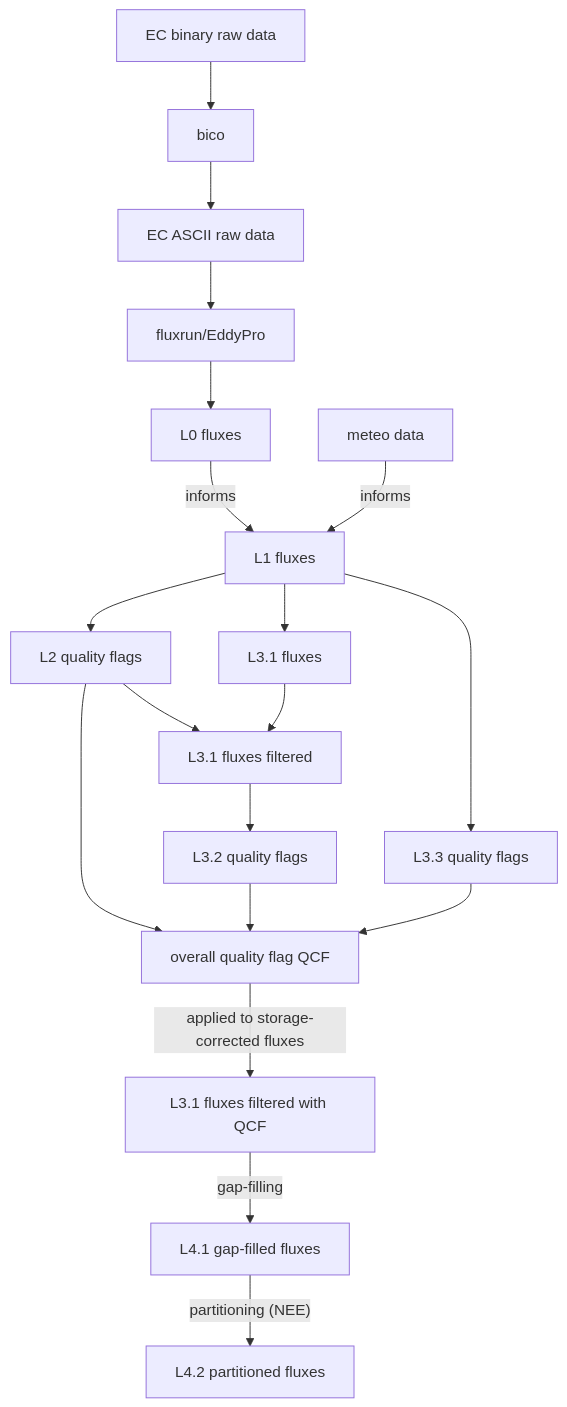
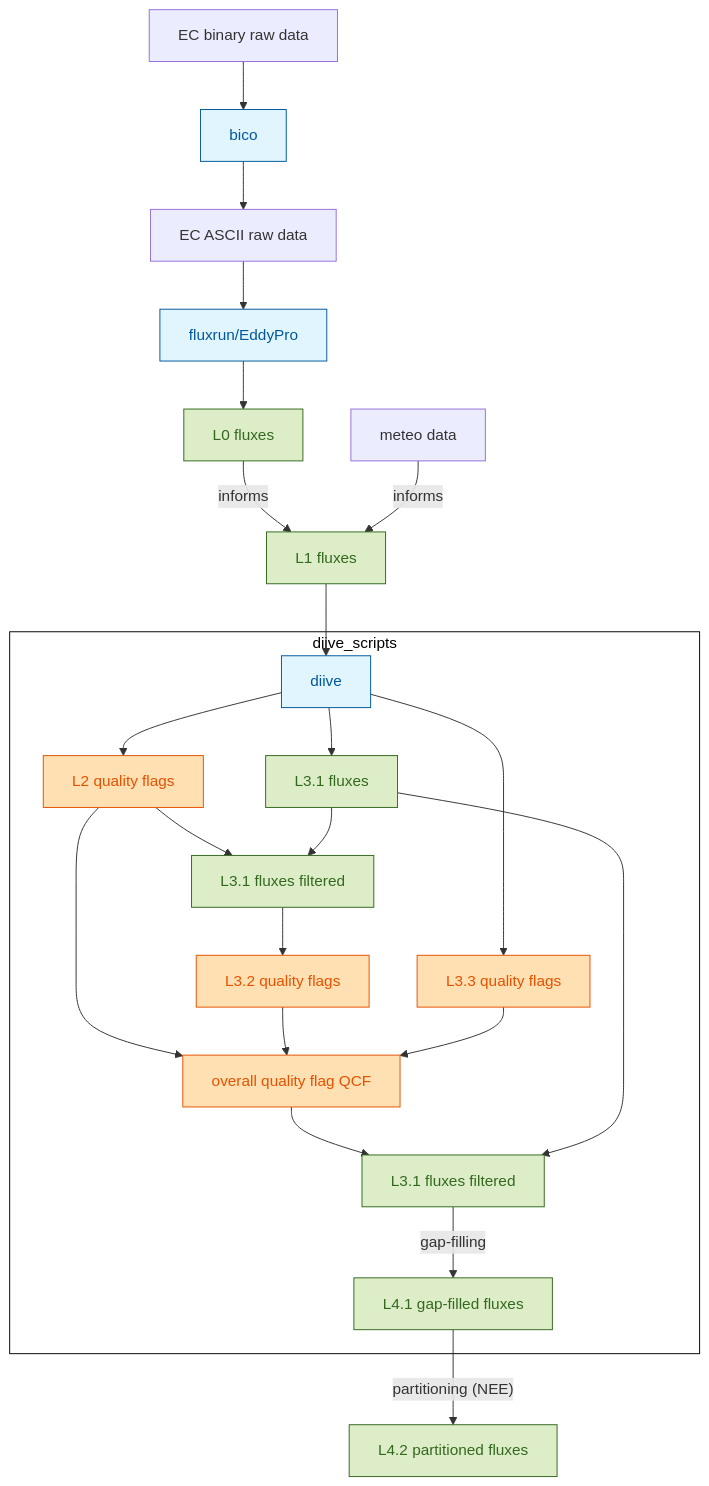
Before and after one commit to holukas/dataset_ch-cha_flux_product: the diagram in _sources/FPC.md, drawn with Mermaid. The commit also changed other lines of this file and 2 other files, not shown here.

````diff
--- a/_sources/FPC.md
+++ b/_sources/FPC.md
@@ -6,40 +6,58 @@
 ```{mermaid}
 
 flowchart
 	ecbin[EC binary raw data]
     eccsv[EC ASCII raw data]
-    bico[bico]
     met[meteo data]
-    EP[fluxrun/EddyPro]
     L0F[L0 fluxes]
     L1F[L1 fluxes]
-	L2QCF[L2 quality flags]
-	L31F[L3.1 fluxes]
-	L31Ffiltered[L3.1 fluxes filtered]
-	L32QCF[L3.2 quality flags]
-	L33QCF[L3.3 quality flags]
-	QCF[overall quality flag QCF]
-	L31QCF[L3.1 fluxes filtered with QCF]
-	L41F[L4.1 gap-filled fluxes]
 	L42F[L4.2 partitioned fluxes]
-	
+    bico[bico]
+    EP[fluxrun/EddyPro]
+
+    %% ---------------- diive
+    subgraph diive_scripts
+    	diive[diive]
+        L2QCF[L2 quality flags]
+        L32QCF[L3.2 quality flags]
+        L33QCF[L3.3 quality flags]
+        QCF[overall quality flag QCF]
+        L31F[L3.1 fluxes]
+        L31QCF[L3.1 fluxes filtered]        
+	    L31Ffiltered[L3.1 fluxes filtered]
+        L41F[L4.1 gap-filled fluxes]
+    end
+    
+
 	ecbin --> bico --> eccsv --> EP
     EP --> L0F -- informs --> L1F
     met -- informs --> L1F
-    L1F --> L2QCF
+    
+    L1F --> diive    
+    diive --> L2QCF
+    diive --> L31F
+    diive --> L33QCF
 	L2QCF --> L31Ffiltered
-	L1F --> L31F
-	L31F --> L31Ffiltered
-	L31Ffiltered --> L32QCF
-	L1F --> L33QCF
-	
-	L2QCF --> QCF
-	L32QCF --> QCF
-	L33QCF --> QCF
-	
-	QCF -- applied to storage-corrected fluxes --> L31QCF
-	L31QCF -- gap-filling --> L41F
-	
-	L41F -- partitioning (NEE) --> L42F
+    L2QCF --> QCF
+    L32QCF --> QCF
+    L33QCF --> QCF
+    QCF --> L31QCF
+    L31F --> L31QCF        
+    L31QCF -- gap-filling --> L41F
+    L31F --> L31Ffiltered
+    L31Ffiltered --> L32QCF
+    L41F -- partitioning (NEE) --> L42F
+
+    classDef orange fill:#FFE0B2,stroke:#E65100,stroke_width:4px,color:#E65100
+    class L2QCF,L32QCF,L33QCF,QCF orange
+
+    classDef green fill:#DCEDC8,stroke:#33691E,stroke_width:4px,color:#33691E
+    class L0F,L1F,L31F,L31Ffiltered,L31QCF,L41F,L42F green
+
+    classDef blue fill:#E1F5FE,stroke:#01579B,stroke_width:4px,color:#01579B
+    class bico,EP,diive blue
+
+    classDef white fill:#FFFFFF,stroke:#000000,stroke_width:4px,color:#000000
+    class diive_scripts white
 
 ```
````
